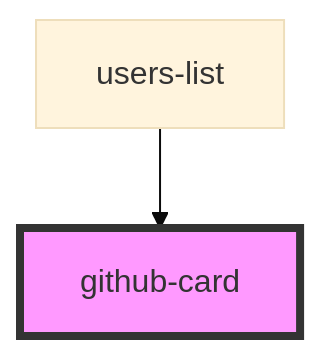
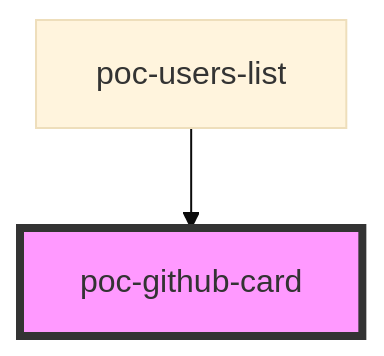
Before and after one commit to hypexyz/poc-web-components: the diagram in packages/component-library/src/components/github-card/readme.md, drawn with Mermaid (base theme). The commit also changed other lines of this file and 22 other files, not shown here.

Commit message:
Add simple chart

````diff
--- a/packages/component-library/src/components/github-card/readme.md
+++ b/packages/component-library/src/components/github-card/readme.md
@@ -27,5 +27,5 @@
 ```mermaid
 graph TD;
-  users-list --> github-card
-  style github-card fill:#f9f,stroke:#333,stroke-width:4px
+  poc-users-list --> poc-github-card
+  style poc-github-card fill:#f9f,stroke:#333,stroke-width:4px
 ```
````
